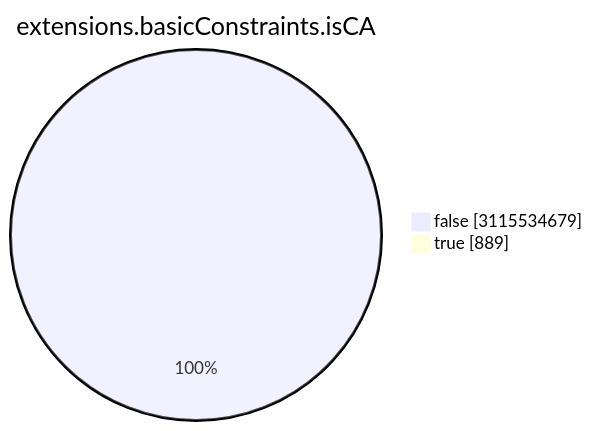
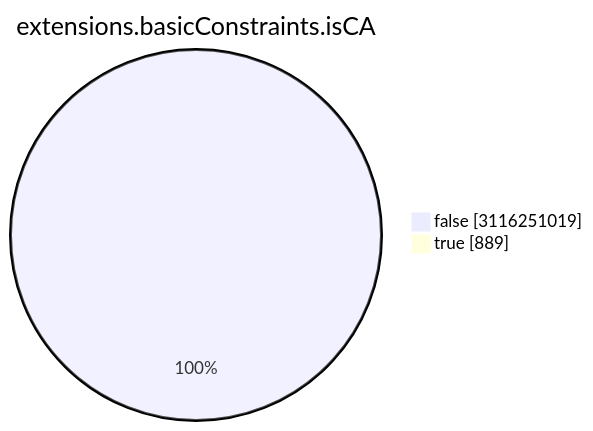
The seventh of 15 diagrams in TOTAL/README.md (christiankrug/ctmonitor_visualization), drawn with Mermaid before and after one commit. The commit also changed other lines of this file, not shown here.

````diff
--- a/TOTAL/README.md
+++ b/TOTAL/README.md
@@ -3088,6 +3088,6 @@
 ```mermaid
 pie showData
 title extensions.basicConstraints.isCA
-"false" :3115534679
+"false" :3116251019
 "true" :889
 ```
````
